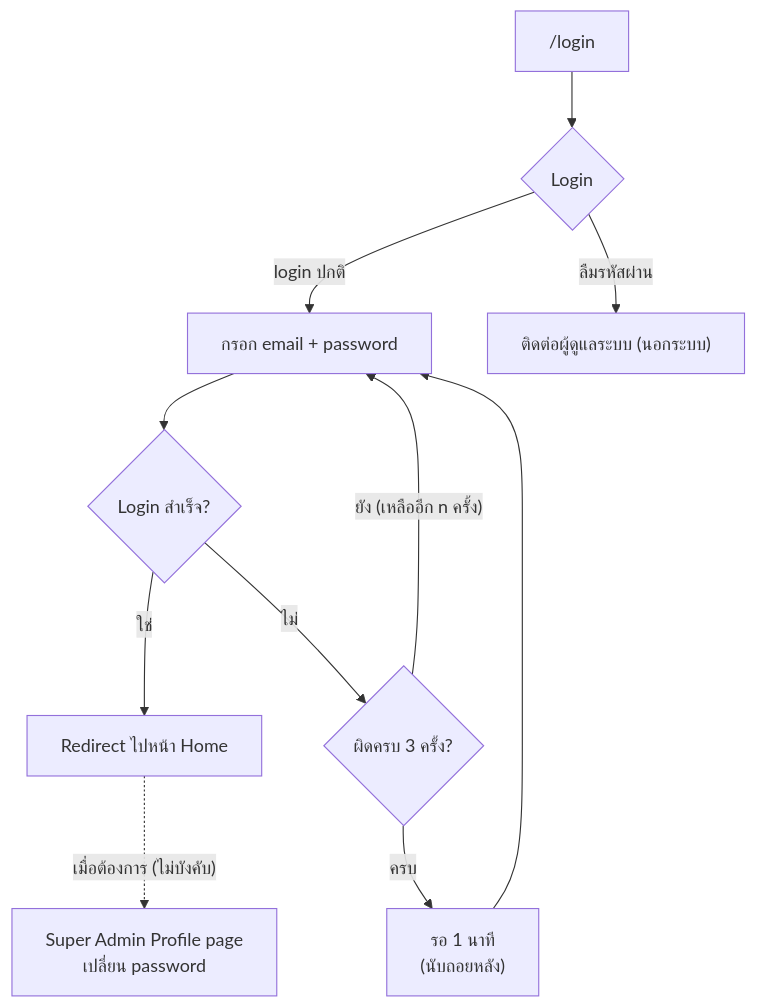
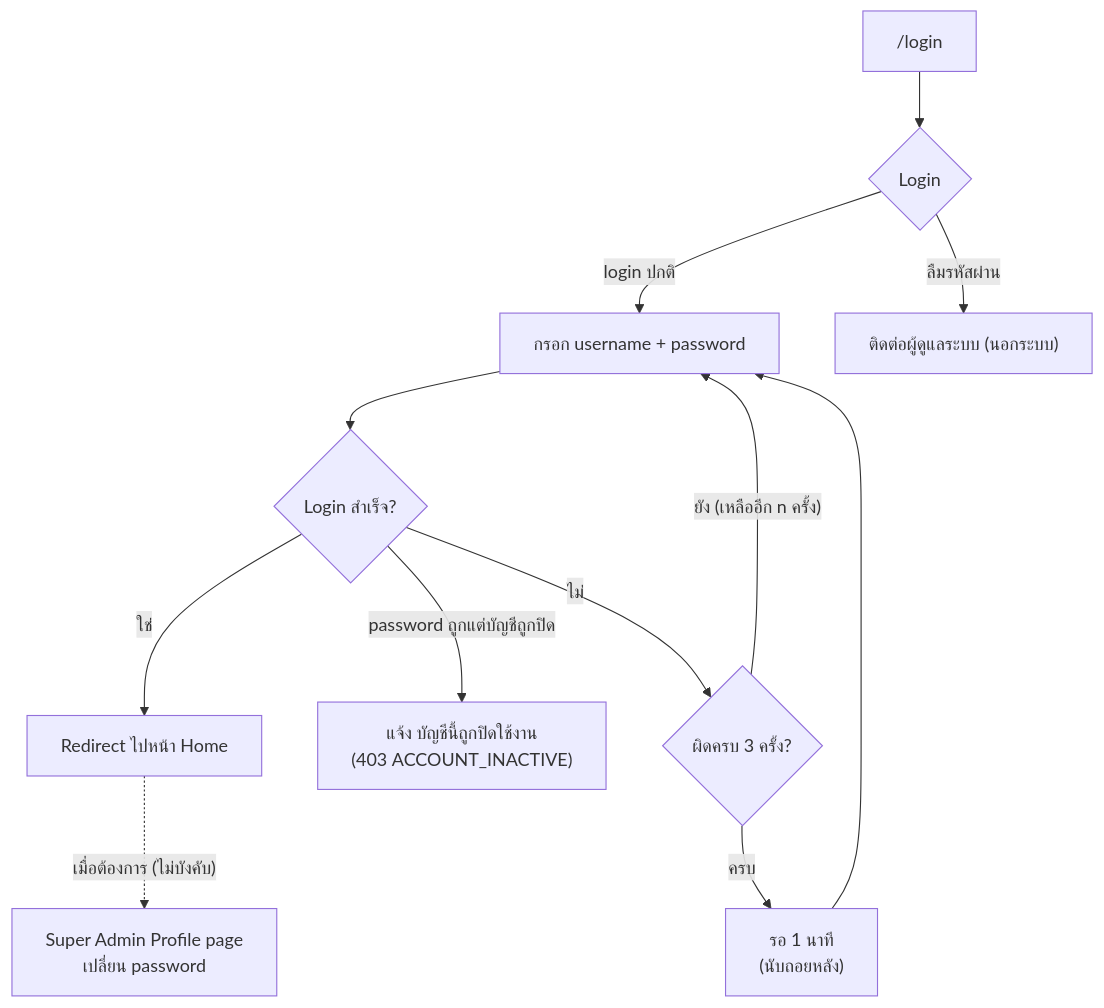
One commit to jeweal-pm/gms-system-monorepo changed the first of 4 diagrams in document/diagram/login-flow.md. Above: the diagram before and after it, drawn with Mermaid. The commit also changed other lines of this file and 65 other files, not shown here.

````diff
--- a/document/diagram/login-flow.md
+++ b/document/diagram/login-flow.md
@@ -12,13 +12,14 @@
 ```mermaid
 flowchart TD
     A["/login"] --> B{"Login"}
-    B -->|"login ปกติ"| C["กรอก email + password"]
+    B -->|"login ปกติ"| C["กรอก username + password"]
     B -->|"ลืมรหัสผ่าน"| F["ติดต่อผู้ดูแลระบบ (นอกระบบ)"]
     C --> D{"Login สำเร็จ?"}
     D -->|"ใช่"| E["Redirect ไปหน้า Home"]
+    D -->|"password ถูกแต่บัญชีถูกปิด"| X["แจ้ง บัญชีนี้ถูกปิดใช้งาน<br/>(403 ACCOUNT_INACTIVE)"]
     D -->|"ไม่"| H{"ผิดครบ 3 ครั้ง?"}
     H -->|"ยัง (เหลืออีก n ครั้ง)"| C
     H -->|"ครบ"| L["รอ 1 นาที<br/>(นับถอยหลัง)"]
     L --> C
     E -.->|"เมื่อต้องการ (ไม่บังคับ)"| P["Super Admin Profile page<br/>เปลี่ยน password"]
 ```
````
